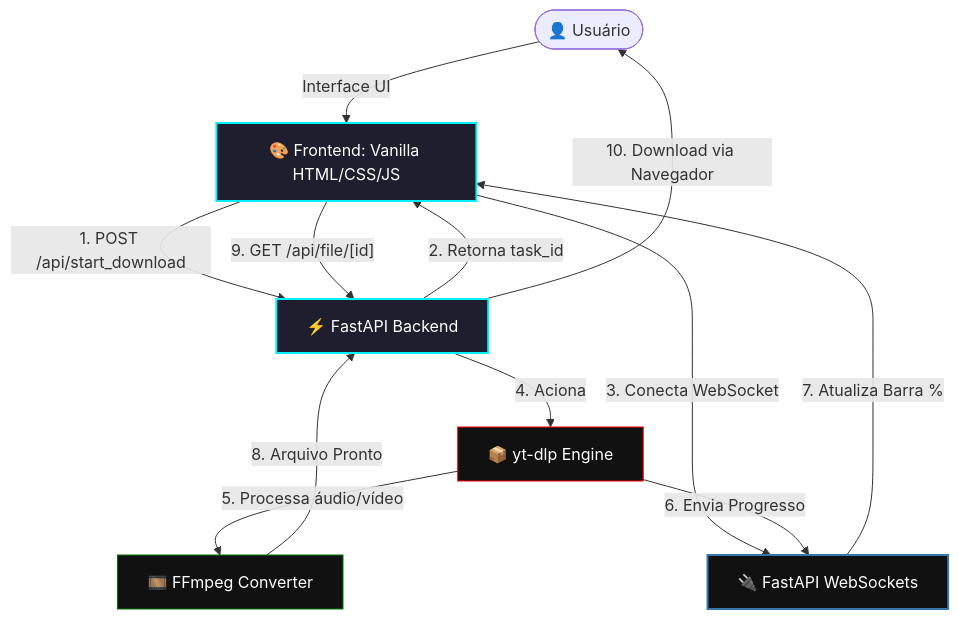
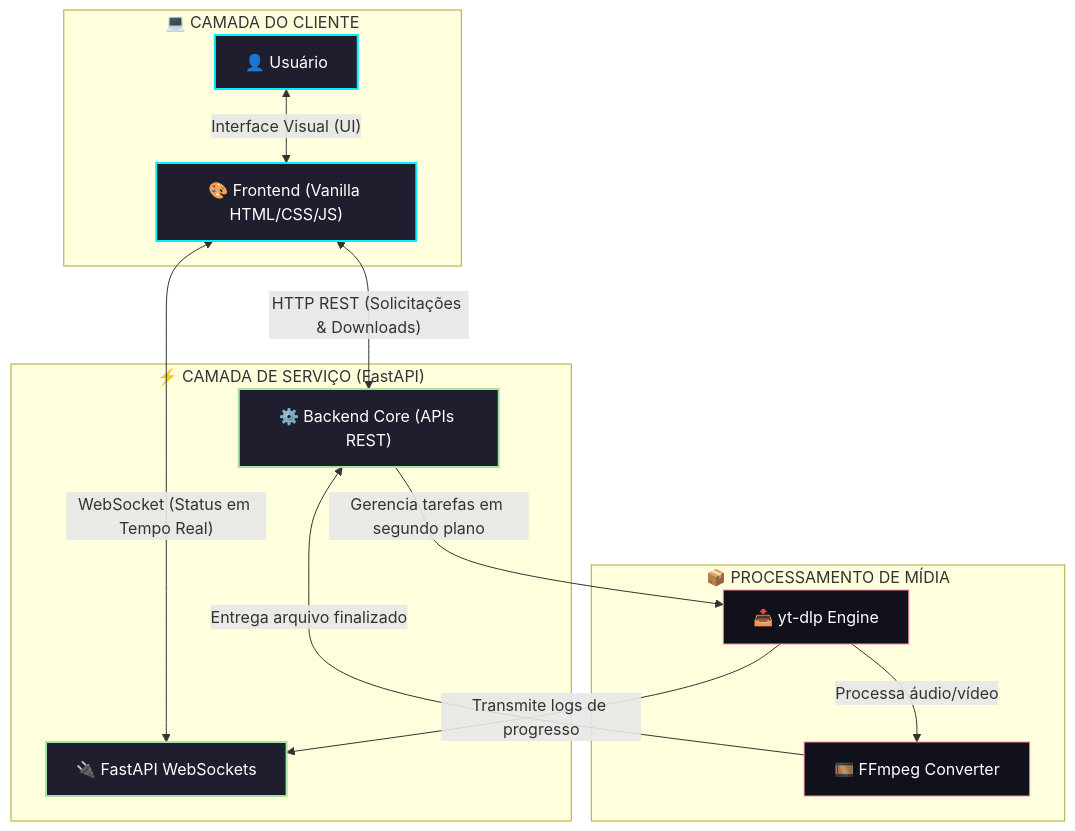
Before and after one commit to Andrei-RB/EasyDownload: the first of 2 diagrams in README.md, drawn with Mermaid. The commit also changed other lines of this file, not shown here.

Commit message:
docs: reorganize architecture diagram in README into component and sequence views

````diff
--- a/README.md
+++ b/README.md
@@ -58,20 +62,31 @@
 ```mermaid
-graph TD
-    User(["👤 Usuário"]) -->|"Interface UI"| FE["🎨 Frontend: Vanilla HTML/CSS/JS"]
-    FE -->|"1. POST /api/start_download"| BE["⚡ FastAPI Backend"]
-    BE -->|"2. Retorna task_id"| FE
-    FE -->|"3. Conecta WebSocket"| WS["🔌 FastAPI WebSockets"]
-    BE -->|"4. Aciona"| YTDL["📦 yt-dlp Engine"]
-    YTDL -->|"5. Processa áudio/vídeo"| FFmpeg["🎞️ FFmpeg Converter"]
-    YTDL -->|"6. Envia Progresso"| WS
-    WS -->|"7. Atualiza Barra %"| FE
-    FFmpeg -->|"8. Arquivo Pronto"| BE
-    FE -->|"9. GET /api/file/[id]"| BE
-    BE -->|"10. Download via Navegador"| User
-    
-    style FE fill:#1e1e2e,stroke:#00f0ff,stroke-width:2px,color:#fff
-    style BE fill:#1e1e2e,stroke:#00f0ff,stroke-width:2px,color:#fff
-    style WS fill:#111,stroke:#3776AB,stroke-width:2px,color:#fff
-    style YTDL fill:#111,stroke:#FF0000,stroke-width:1px,color:#fff
-    style FFmpeg fill:#111,stroke:#007800,stroke-width:1px,color:#fff
+flowchart TB
+    subgraph Client ["💻 CAMADA DO CLIENTE"]
+        User["👤 Usuário"] <-->|"Interface Visual (UI)"| FE["🎨 Frontend (Vanilla HTML/CSS/JS)"]
+    end
+
+    subgraph API ["⚡ CAMADA DE SERVIÇO (FastAPI)"]
+        BE["⚙️ Backend Core (APIs REST)"]
+        WS["🔌 FastAPI WebSockets"]
+    end
+
+    subgraph Workers ["📦 PROCESSAMENTO DE MÍDIA"]
+        YTDL["📥 yt-dlp Engine"] -->|"Processa áudio/vídeo"| FF["🎞️ FFmpeg Converter"]
+    end
+
+    %% Relações de comunicação
+    FE <-->|"HTTP REST (Solicitações & Downloads)"| BE
+    FE <-->|"WebSocket (Status em Tempo Real)"| WS
+    BE -->|"Gerencia tarefas em segundo plano"| YTDL
+    YTDL -->|"Transmite logs de progresso"| WS
+    FF -->|"Entrega arquivo finalizado"| BE
+
+    %% Estilização customizada
+    classDef client fill:#1e1e2e,stroke:#00f0ff,stroke-width:2px,color:#fff;
+    classDef api fill:#1e1e2e,stroke:#a6e3a1,stroke-width:2px,color:#fff;
+    classDef workers fill:#11111b,stroke:#f38ba8,stroke-width:1px,color:#fff;
+
+    class User,FE client;
+    class BE,WS api;
+    class YTDL,FF workers;
 ```
````
